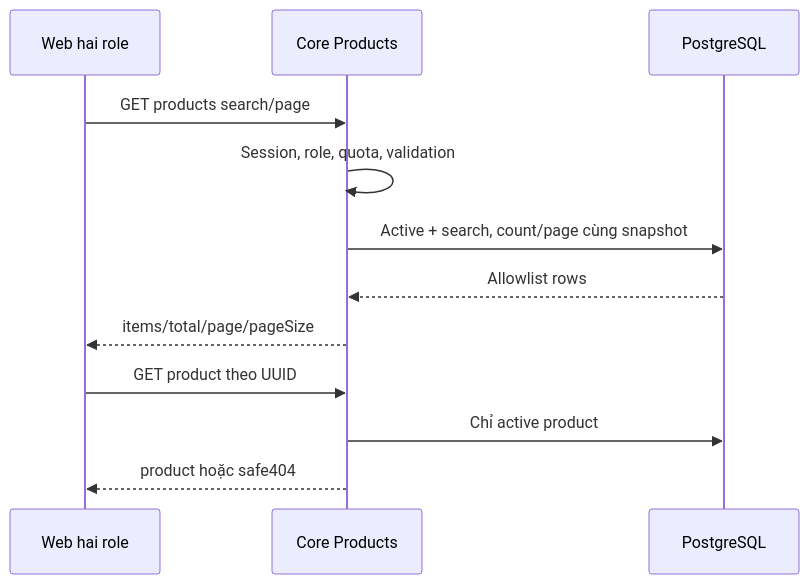
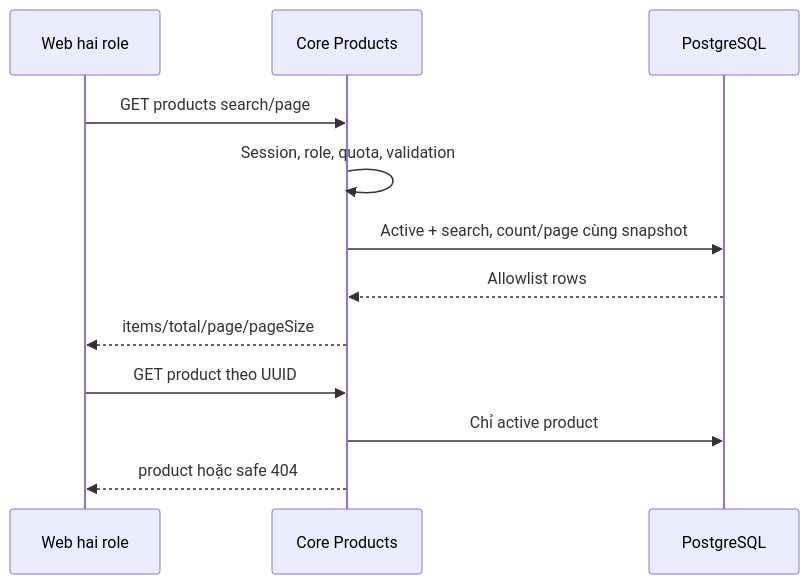
One commit to natuan05/LifeInsuranceAIAssistant changed the diagram in docs/ui/staff/plans/products/01-catalog-read-api.md. Above: the diagram before and after it, drawn with Mermaid. The commit also changed other lines of this file and 58 other files, not shown here.

Commit message:
docs(ui): add detailed test cases and sequence diagrams

````diff
--- a/docs/ui/staff/plans/products/01-catalog-read-api.md
+++ b/docs/ui/staff/plans/products/01-catalog-read-api.md
@@ -40,14 +40,14 @@
 ```mermaid
 sequenceDiagram
   participant W as Web hai role
   participant C as Core Products
   participant D as PostgreSQL
   W->>C: GET products search/page
   C->>C: Session, role, quota, validation
   C->>D: Active + search, count/page cùng snapshot
   D-->>C: Allowlist rows
   C-->>W: items/total/page/pageSize
   W->>C: GET product theo UUID
   C->>D: Chỉ active product
-  C-->>W: product hoặc safe404
+  C-->>W: product hoặc safe 404
 ```
````
